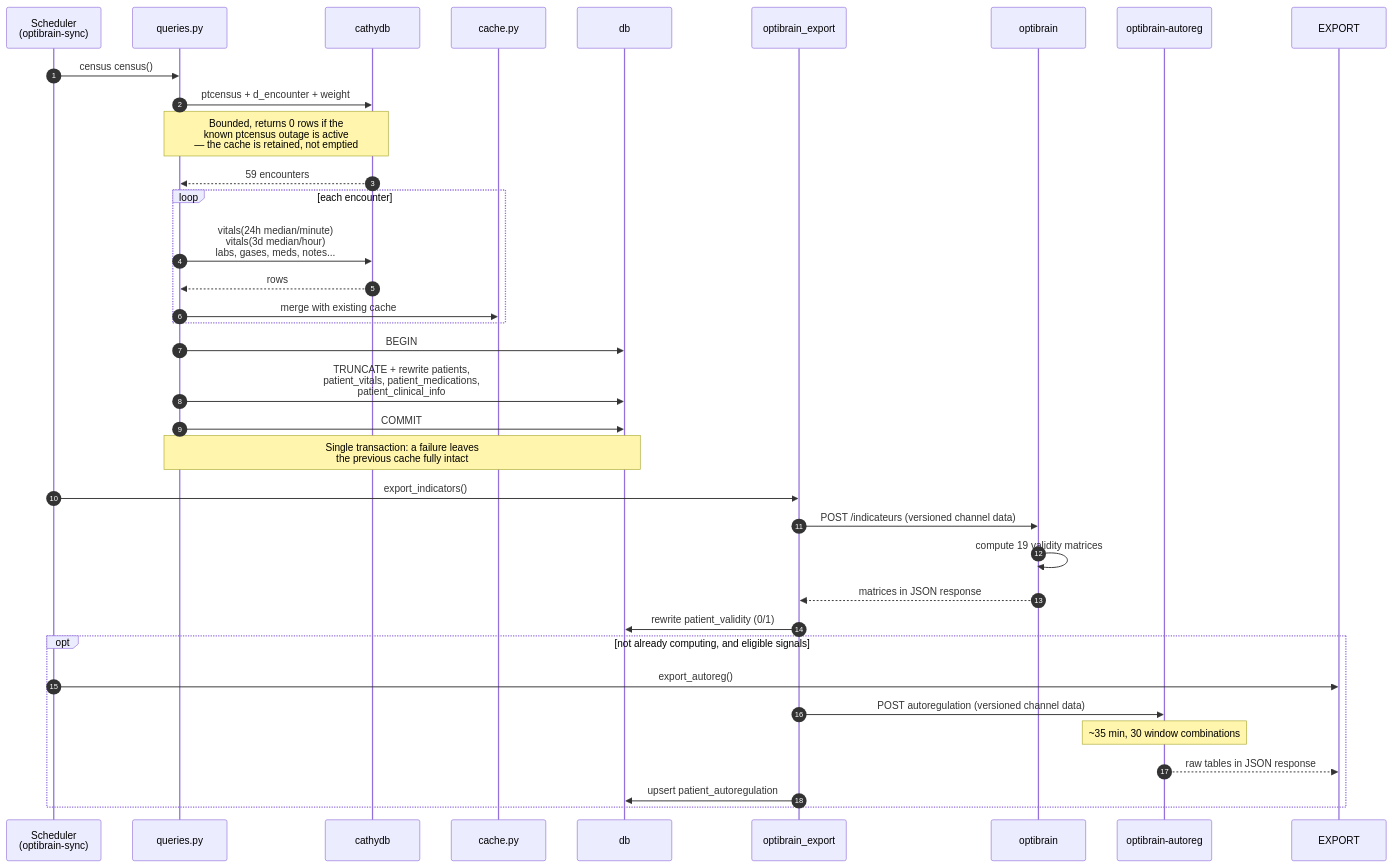
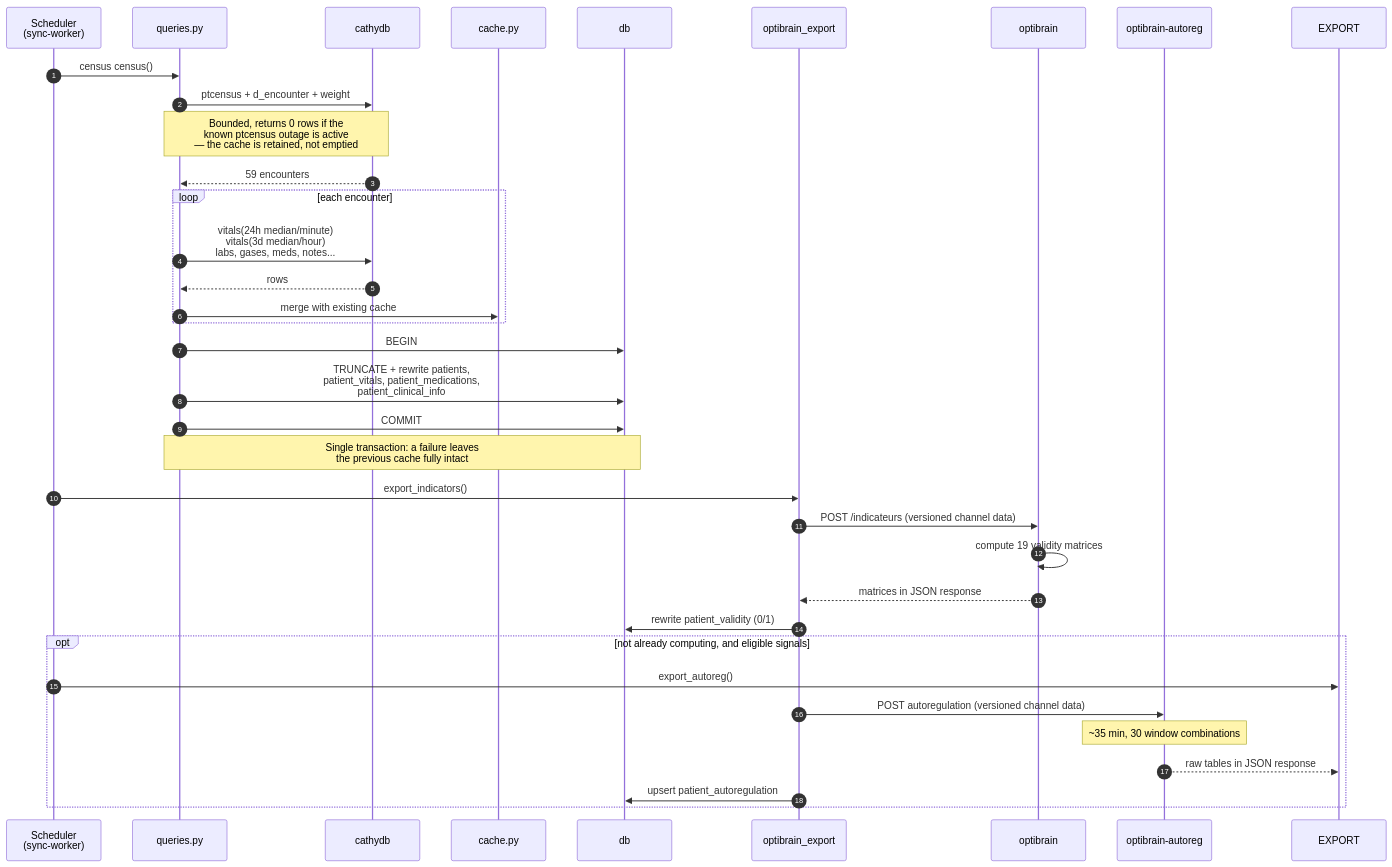
Before and after one commit to sadc-lab/MYPICU: the third of 5 diagrams in docs/architecture.md, drawn with Mermaid. The commit also changed other lines of this file and 25 other files, not shown here.

First line of the commit message:
refactor: generalize sync worker for module adapters

````diff
--- a/docs/architecture.md
+++ b/docs/architecture.md
@@ -173,42 +192,42 @@
 ```{mermaid}
 sequenceDiagram
     autonumber
-    participant CRON as Scheduler<br/>(optibrain-sync)
+    participant CRON as Scheduler<br/>(sync-worker)
     participant Q as queries.py
     participant ICCA as cathydb
     participant C as cache.py
     participant PG as db
     participant EXP as optibrain_export
     participant OB as optibrain
     participant AR as optibrain-autoreg
 
     CRON->>Q: census census()
     Q->>ICCA: ptcensus + d_encounter + weight
     Note over Q,ICCA: Bounded, returns 0 rows if the<br/>known ptcensus outage is active<br/>— the cache is retained, not emptied
     ICCA-->>Q: 59 encounters
 
     loop each encounter
         Q->>ICCA: vitals(24h median/minute)<br/>vitals(3d median/hour)<br/>labs, gases, meds, notes...
         ICCA-->>Q: rows
         Q->>C: merge with existing cache
     end
 
     Q->>PG: BEGIN
     Q->>PG: TRUNCATE + rewrite patients,<br/>patient_vitals, patient_medications,<br/>patient_clinical_info
     Q->>PG: COMMIT
     Note over Q,PG: Single transaction: a failure leaves<br/>the previous cache fully intact
 
     CRON->>EXP: export_indicators()
     EXP->>OB: POST /indicateurs (versioned channel data)
     OB->>OB: compute 19 validity matrices
     OB-->>EXP: matrices in JSON response
     EXP->>PG: rewrite patient_validity (0/1)
 
     opt not already computing, and eligible signals
         CRON->>EXPORT: export_autoreg()
         EXP->>AR: POST autoregulation (versioned channel data)
         Note over AR: ~35 min, 30 window combinations
         AR-->>EXPORT: raw tables in JSON response
         EXP->>PG: upsert patient_autoregulation
     end
 ```
````
